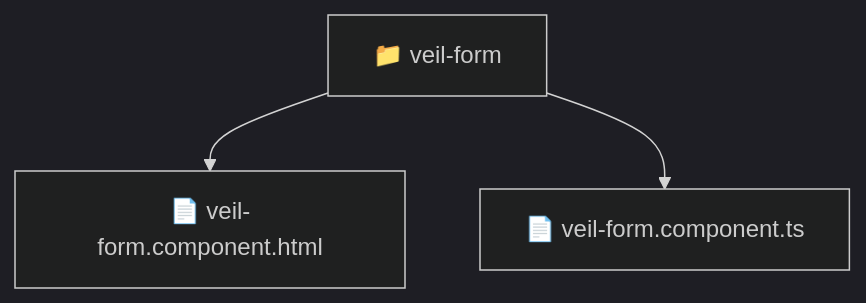
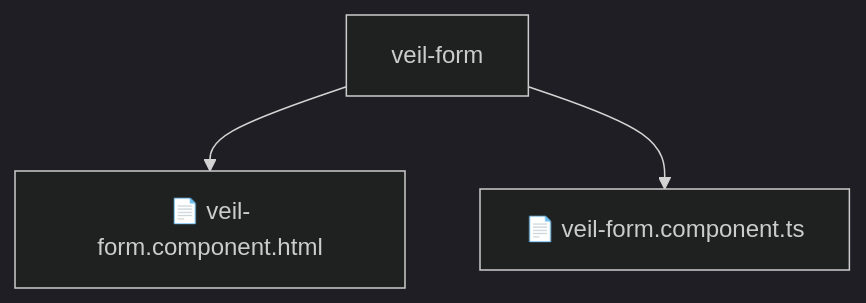
One commit to beginwebdev2002/fullstack-mavluda changed the diagram in frontend/src/pages/veil/ui/veil-form/README.md. Above: the diagram before and after it, drawn with Mermaid (dark theme). The commit also changed other lines of this file and 155 other files, not shown here.

````diff
--- a/frontend/src/pages/veil/ui/veil-form/README.md
+++ b/frontend/src/pages/veil/ui/veil-form/README.md
@@ -10,6 +14,6 @@
 ```mermaid
 graph TD
-  Root["📁 veil-form"]
-  Root --> veilformcomponenthtml["📄 veil-form.component.html"]
-  Root --> veilformcomponentts["📄 veil-form.component.ts"]
+    Root[veil-form]
+    Root --> F0[📄 veil-form.component.html]
+    Root --> F1[📄 veil-form.component.ts]
 ```
````
